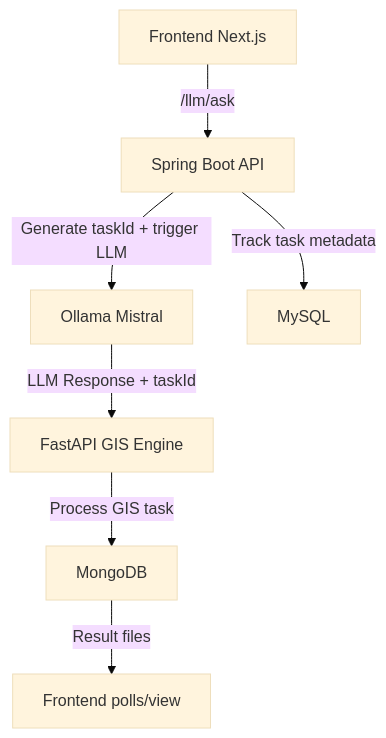
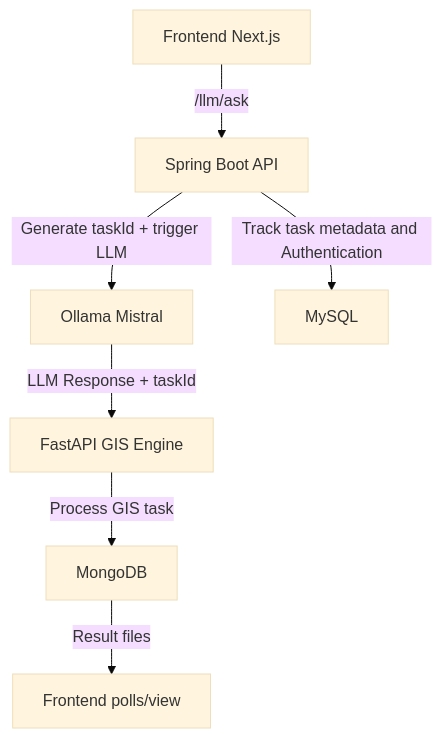
One commit to Debashismitra01/ChainLLM changed the diagram in README.md. Above: the diagram before and after it, drawn with Mermaid (base theme).

````diff
--- a/README.md
+++ b/README.md
@@ -19,9 +19,9 @@
 ```mermaid
 graph TD
     A[Frontend Next.js] -->|/llm/ask| B[Spring Boot API]
     B -->|Generate taskId + trigger LLM| C[Ollama Mistral]
     C -->|LLM Response + taskId| D[FastAPI GIS Engine]
     D -->|Process GIS task| E[MongoDB]
-    B -->|Track task metadata| F[MySQL]
+    B -->|Track task metadata and Authentication| F[MySQL]
     E -->|Result files| G[Frontend polls/view]
 ```
````
